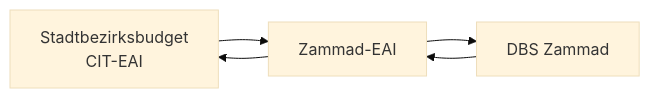
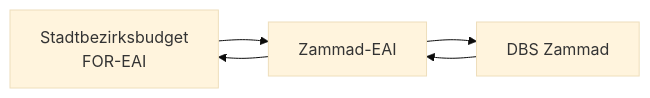
One commit to it-at-m/stadtbezirksbudget changed the diagram in docs/src/features/zammad-integration.md. Above: the diagram before and after it, drawn with Mermaid (base theme). The commit also changed other lines of this file and 4 other files, not shown here.

Commit message:
:memo: Change CIT-EAI to FOR-EAI

````diff
--- a/docs/src/features/zammad-integration.md
+++ b/docs/src/features/zammad-integration.md
@@ -5,10 +5,10 @@
 ```mermaid
 flowchart LR
-    citEai[Stadtbezirksbudget<br>CIT-EAI]
+    forEai[Stadtbezirksbudget<br>FOR-EAI]
     dbs[DBS Zammad]
     dbsEai[Zammad-EAI]
     dbs --> dbsEai
     dbsEai --> dbs
-    citEai --> dbsEai
-    dbsEai --> citEai
+    forEai --> dbsEai
+    dbsEai --> forEai
 ```
````
